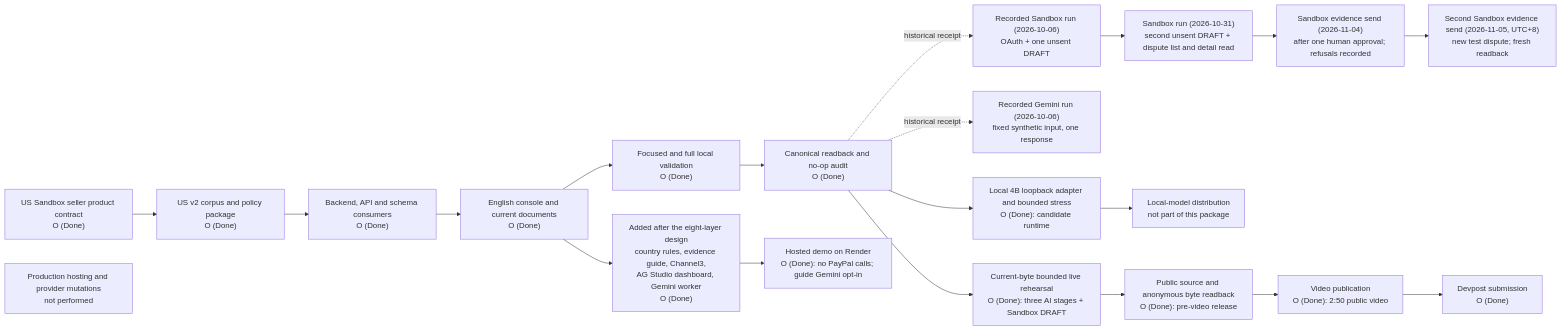
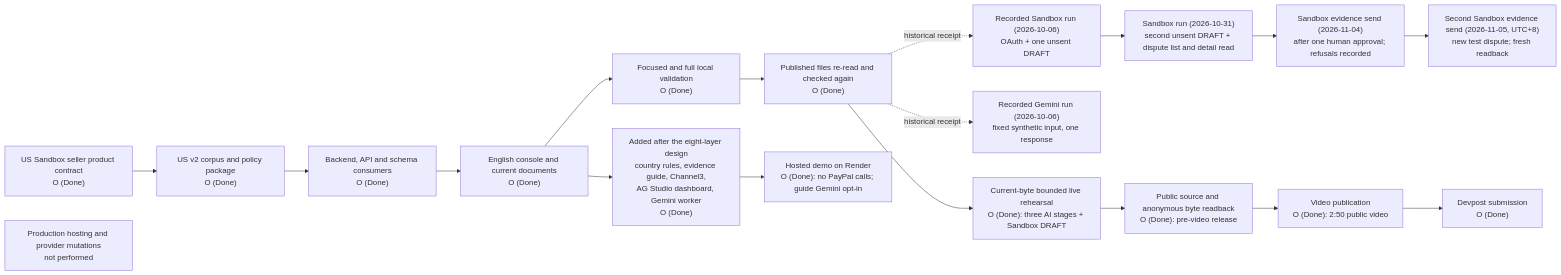
One commit to jiarong0423/payguard-ai changed the first of 3 diagrams in docs/decisions/2026Q4/architecture.md. Above: the diagram before and after it, drawn with Mermaid. The commit also changed other lines of this file and 61 other files, not shown here.

First line of the commit message:
Remove the unused LM Studio local-model line; plainer public wording

````diff
--- a/docs/decisions/2026Q4/architecture.md
+++ b/docs/decisions/2026Q4/architecture.md
@@ -26,23 +26,21 @@
 ```mermaid
 flowchart LR
   A["US Sandbox seller product contract<br/>O (Done)"] --> B["US v2 corpus and policy package<br/>O (Done)"]
   B --> C["Backend, API and schema consumers<br/>O (Done)"]
   C --> D["English console and current documents<br/>O (Done)"]
   D --> E["Focused and full local validation<br/>O (Done)"]
-  E --> F["Canonical readback and no-op audit<br/>O (Done)"]
+  E --> F["Published files re-read and checked again<br/>O (Done)"]
   F -. historical receipt .-> G["Recorded Sandbox run (2026-10-06)<br/>OAuth + one unsent DRAFT"]
   G --> SB1["Sandbox run (2026-10-31)<br/>second unsent DRAFT + dispute list and detail read"]
   SB1 --> SB2["Sandbox evidence send (2026-11-04)<br/>after one human approval; refusals recorded"]
   SB2 --> SB3["Second Sandbox evidence send (2026-11-05, UTC+8)<br/>new test dispute; fresh readback"]
   F -. historical receipt .-> H["Recorded Gemini run (2026-10-06)<br/>fixed synthetic input, one response"]
-  F --> K["Local 4B loopback adapter and bounded stress<br/>O (Done): candidate runtime"]
-  K --> L["Local-model distribution<br/>not part of this package"]
   F --> N["Current-byte bounded live rehearsal<br/>O (Done): three AI stages + Sandbox DRAFT"]
   N --> I["Public source and anonymous byte readback<br/>O (Done): pre-video release"]
   I --> M["Video publication<br/>O (Done): 2:50 public video"]
   M --> P["Devpost submission<br/>O (Done)"]
   J["Production hosting and provider mutations<br/>not performed"]
   Q["Hosted demo on Render<br/>O (Done): no PayPal calls; guide Gemini opt-in"]
   D --> R["Added after the eight-layer design<br/>country rules, evidence guide, Channel3,<br/>AG Studio dashboard, Gemini worker<br/>O (Done)"]
   R --> Q
 ```
````
